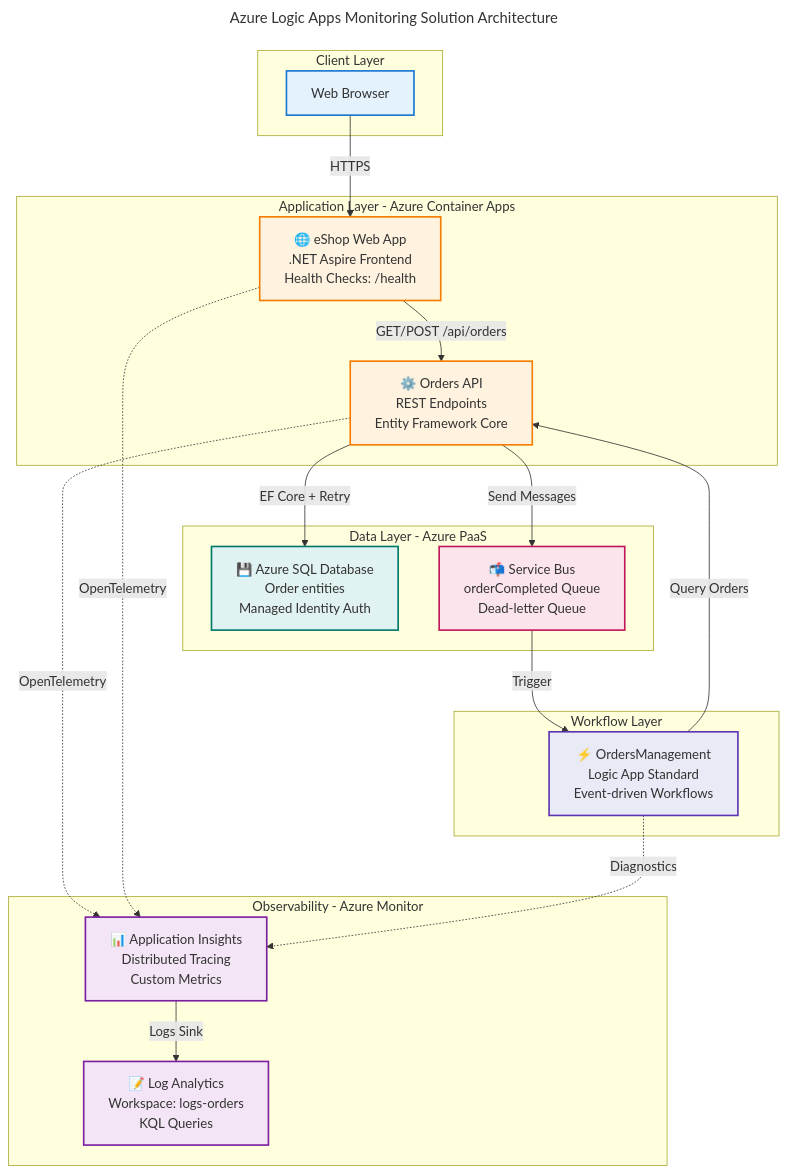
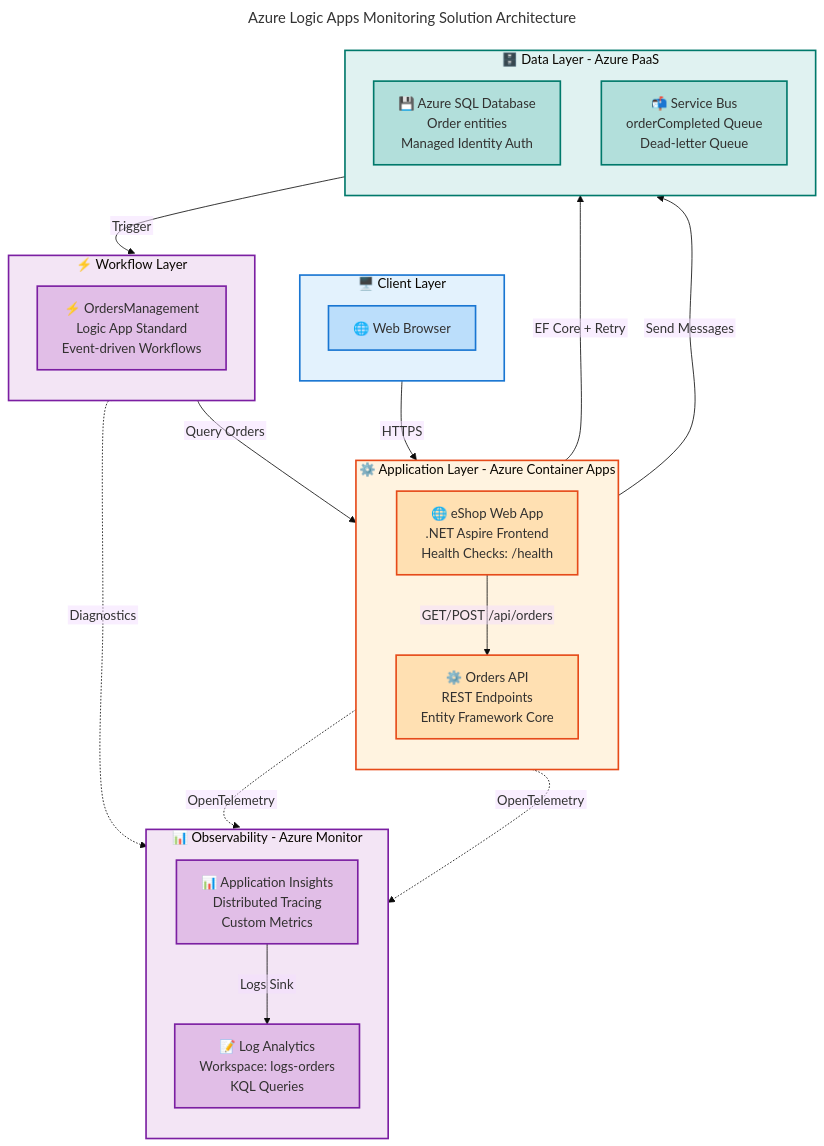
One commit to Evilazaro/Azure-LogicApps-Monitoring changed the diagram in README.md. Above: the diagram before and after it, drawn with Mermaid.

Commit message:
docs: enhance architecture diagram with improved accessibility and semantic styling

````diff
--- a/README.md
+++ b/README.md
@@ -92,49 +92,81 @@
 ```mermaid
 ---
 title: "Azure Logic Apps Monitoring Solution Architecture"
+config:
+  theme: base
+  flowchart:
+    htmlLabels: false
+    curve: cardinal
 ---
-graph TB
-    subgraph "Client Layer"
-        Client[Web Browser]
+flowchart TB
+    accTitle: Azure Logic Apps Monitoring Solution Architecture
+    accDescr: Layered microservices architecture showing client access, application services, workflow orchestration, data persistence, and observability components with their interactions
+
+    %% ============================================
+    %% AZURE / FLUENT ARCHITECTURE PATTERN v1.1 (Semantic + Font Governance)
+    %% Color Scheme: Functional layer semantic colors (100-level for nodes)
+    %% - Client Layer = Blue (#BBDEFB) → API/Info
+    %% - Application Layer = Orange (#FFE0B2) → Process/Service
+    %% - Workflow Layer = Purple (#E1BEE7) → Orchestration
+    %% - Data Layer = Teal (#B2DFDB) → Storage/Messaging
+    %% - Observability = Purple (#E1BEE7) → Monitoring
+    %% Subgraph fills use 50-level from same color family for visual hierarchy
+    %% ============================================
+
+    subgraph clientLayer["🖥️ Client Layer"]
+        direction TB
+        clientNode["🌐 Web Browser"]:::azureBlue
     end
 
-    subgraph "Application Layer - Azure Container Apps"
-        WebApp["🌐 eShop Web App<br/>.NET Aspire Frontend<br/>Health Checks: /health"]
-        OrdersAPI["⚙️ Orders API<br/>REST Endpoints<br/>Entity Framework Core"]
+    subgraph appLayer["⚙️ Application Layer - Azure Container Apps"]
+        direction TB
+        webApp["🌐 eShop Web App<br/>.NET Aspire Frontend<br/>Health Checks: /health"]:::azureOrange
+        ordersAPI["⚙️ Orders API<br/>REST Endpoints<br/>Entity Framework Core"]:::azureOrange
     end
 
-    subgraph "Workflow Layer"
-        LogicApp["⚡ OrdersManagement<br/>Logic App Standard<br/>Event-driven Workflows"]
+    subgraph workflowLayer["⚡ Workflow Layer"]
+        direction TB
+        logicApp["⚡ OrdersManagement<br/>Logic App Standard<br/>Event-driven Workflows"]:::azurePurple
     end
 
-    subgraph "Data Layer - Azure PaaS"
-        SQL["💾 Azure SQL Database<br/>Order entities<br/>Managed Identity Auth"]
-        ServiceBus["📬 Service Bus<br/>orderCompleted Queue<br/>Dead-letter Queue"]
+    subgraph dataLayer["🗄️ Data Layer - Azure PaaS"]
+        direction TB
+        sqlDb["💾 Azure SQL Database<br/>Order entities<br/>Managed Identity Auth"]:::azureTeal
+        serviceBus["📬 Service Bus<br/>orderCompleted Queue<br/>Dead-letter Queue"]:::azureTeal
     end
 
-    subgraph "Observability - Azure Monitor"
-        AppInsights["📊 Application Insights<br/>Distributed Tracing<br/>Custom Metrics"]
-        LogAnalytics["📝 Log Analytics<br/>Workspace: logs-orders<br/>KQL Queries"]
+    subgraph observabilityLayer["📊 Observability - Azure Monitor"]
+        direction TB
+        appInsights["📊 Application Insights<br/>Distributed Tracing<br/>Custom Metrics"]:::azurePurple
+        logAnalytics["📝 Log Analytics<br/>Workspace: logs-orders<br/>KQL Queries"]:::azurePurple
     end
 
-    Client -->|HTTPS| WebApp
-    WebApp -->|"GET/POST /api/orders"| OrdersAPI
-    OrdersAPI -->|"EF Core + Retry"| SQL
-    OrdersAPI -->|"Send Messages"| ServiceBus
-    ServiceBus -->|Trigger| LogicApp
-    LogicApp -->|Query Orders| OrdersAPI
+    %% Connections
+    clientNode -->|HTTPS| webApp
+    webApp -->|"GET/POST /api/orders"| ordersAPI
+    ordersAPI -->|"EF Core + Retry"| sqlDb
+    ordersAPI -->|"Send Messages"| serviceBus
+    serviceBus -->|Trigger| logicApp
+    logicApp -->|Query Orders| ordersAPI
 
-    OrdersAPI -.->|OpenTelemetry| AppInsights
-    WebApp -.->|OpenTelemetry| AppInsights
-    LogicApp -.->|Diagnostics| AppInsights
-    AppInsights -->|Logs Sink| LogAnalytics
+    ordersAPI -.->|OpenTelemetry| appInsights
+    webApp -.->|OpenTelemetry| appInsights
+    logicApp -.->|Diagnostics| appInsights
+    appInsights -->|Logs Sink| logAnalytics
 
-    style Client fill:#E3F2FD,stroke:#1976D2,stroke-width:2px
-    style WebApp fill:#FFF3E0,stroke:#F57C00,stroke-width:2px
-    style OrdersAPI fill:#FFF3E0,stroke:#F57C00,stroke-width:2px
-    style LogicApp fill:#E8EAF6,stroke:#5E35B1,stroke-width:2px
-    style SQL fill:#E0F2F1,stroke:#00796B,stroke-width:2px
-    style ServiceBus fill:#FCE4EC,stroke:#C2185B,stroke-width:2px
-    style AppInsights fill:#F3E5F5,stroke:#7B1FA2,stroke-width:2px
-    style LogAnalytics fill:#F3E5F5,stroke:#7B1FA2,stroke-width:2px
+    %% AZURE / FLUENT ARCHITECTURE PATTERN v1.1 (Semantic + Font Governance)
+    %% classDef declarations
+    classDef azureBlue fill:#BBDEFB,stroke:#1976D2,stroke-width:2px,color:#323130
+    classDef azureOrange fill:#FFE0B2,stroke:#E64A19,stroke-width:2px,color:#323130
+    classDef azurePurple fill:#E1BEE7,stroke:#7B1FA2,stroke-width:2px,color:#323130
+    classDef azureTeal fill:#B2DFDB,stroke:#00796B,stroke-width:2px,color:#323130
+
+    %% Subgraph styling (MANDATORY - MRM-S001)
+    style clientLayer fill:#E3F2FD,stroke:#1976D2,stroke-width:2px
+    style appLayer fill:#FFF3E0,stroke:#E64A19,stroke-width:2px
+    style workflowLayer fill:#F3E5F5,stroke:#7B1FA2,stroke-width:2px
+    style dataLayer fill:#E0F2F1,stroke:#00796B,stroke-width:2px
+    style observabilityLayer fill:#F3E5F5,stroke:#7B1FA2,stroke-width:2px
+
+    %% Accessibility: WCAG AA verified (contrast ratio ≥4.5:1)
 ```
````
